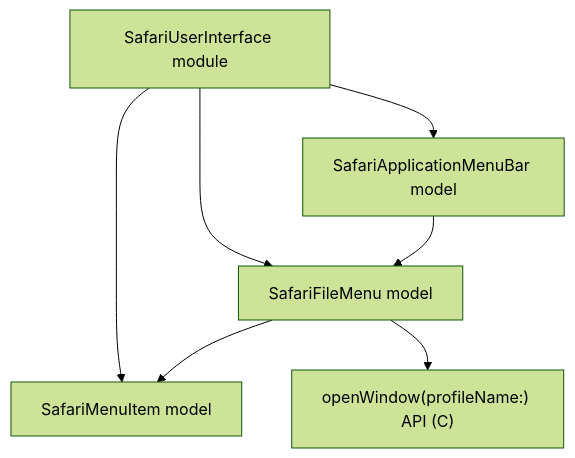
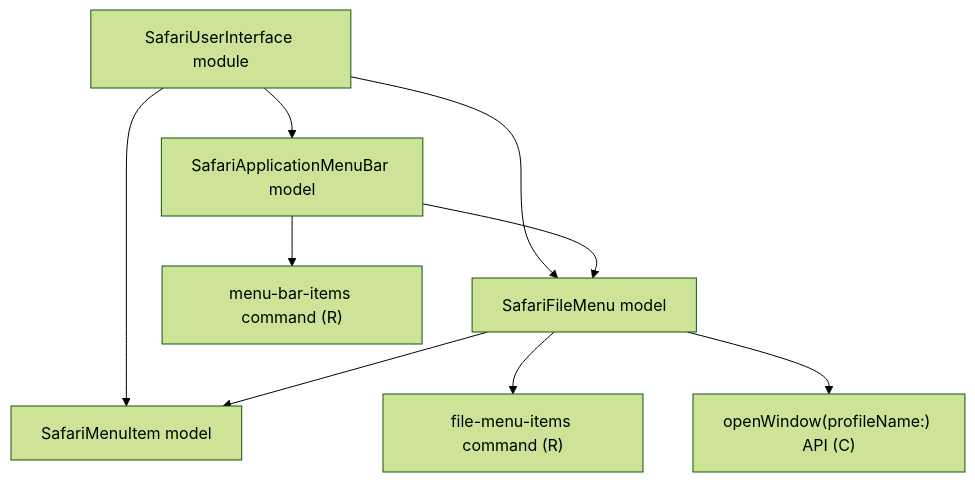
Before and after one commit to Glutexo/computer-automation: the diagram in docs/safari-user-interface-models.md, drawn with Mermaid (forest theme). The commit also changed other lines of this file and 15 other files, not shown here.

````diff
--- a/docs/safari-user-interface-models.md
+++ b/docs/safari-user-interface-models.md
@@ -21,15 +22,19 @@
 ```mermaid
 flowchart TD
     SafariUI["SafariUserInterface module"]
     SafariMenuBar["SafariApplicationMenuBar model"]
     SafariFileMenu["SafariFileMenu model"]
     SafariMenuItem["SafariMenuItem model"]
+    MenuBarItems["menu-bar-items command (R)"]
+    FileMenuItems["file-menu-items command (R)"]
     OpenWindow["openWindow(profileName:) API (C)"]
 
     SafariUI --> SafariMenuBar
     SafariUI --> SafariFileMenu
     SafariUI --> SafariMenuItem
     SafariMenuBar --> SafariFileMenu
+    SafariMenuBar --> MenuBarItems
     SafariFileMenu --> SafariMenuItem
+    SafariFileMenu --> FileMenuItems
     SafariFileMenu --> OpenWindow
 ```
````
